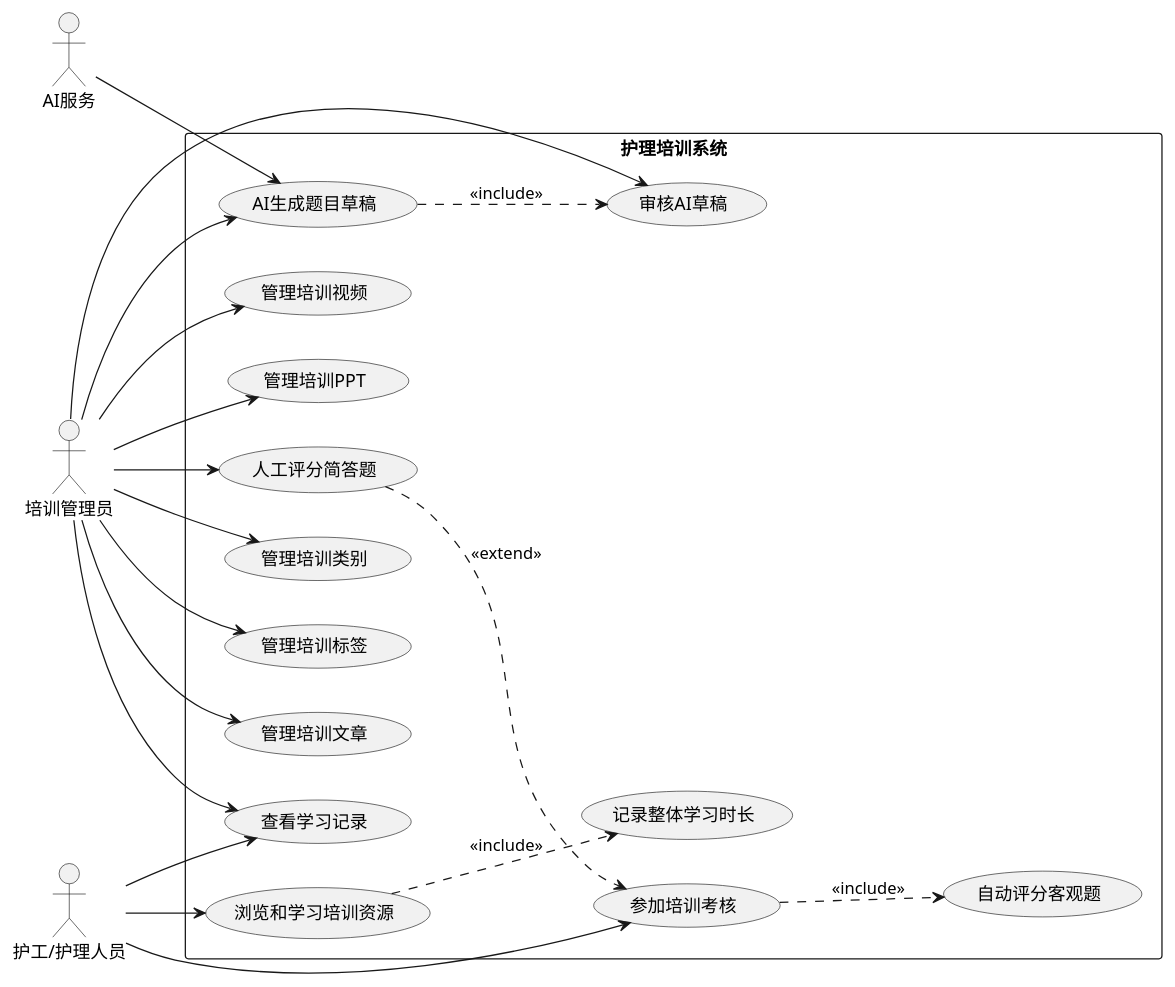
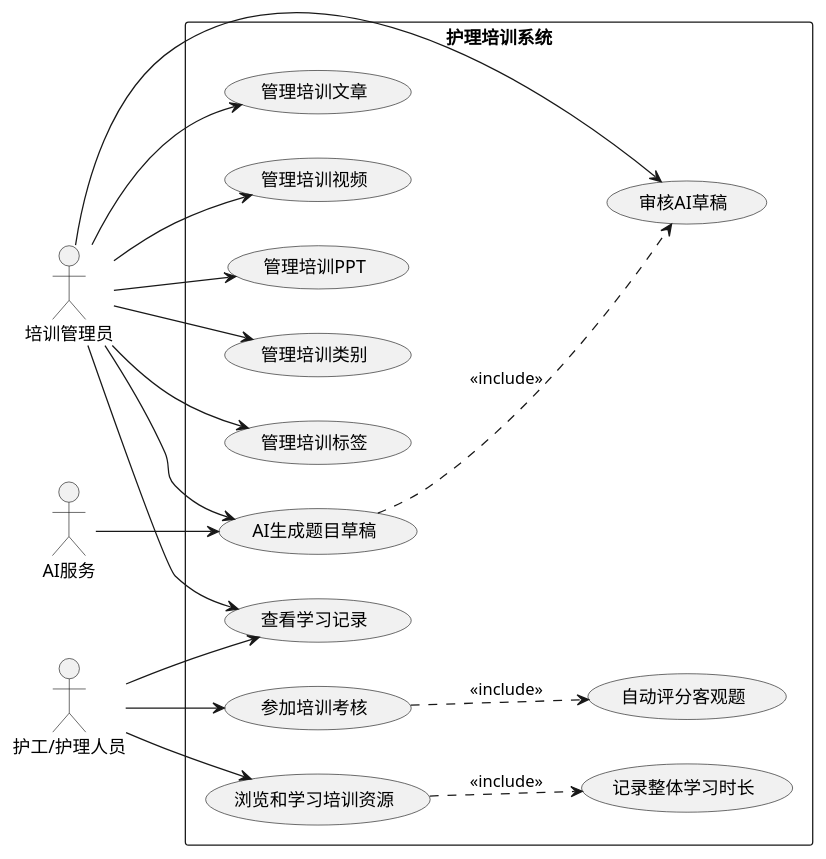
One commit to thesantaana/Care-Nexus changed the second of 5 diagrams in docs/requirements/用例模型.md. Above: the diagram before and after it, drawn with PlantUML. The commit also changed other lines of this file and 91 other files, not shown here.

````diff
--- a/docs/requirements/用例模型.md
+++ b/docs/requirements/用例模型.md
@@ -161,42 +161,39 @@
 ```plantuml
 @startuml
 left to right direction
 actor "培训管理员" as TrainingAdmin
 actor "护工/护理人员" as Caregiver
 actor "AI服务" as AI
 
 rectangle "护理培训系统" {
   usecase "管理培训类别" as UC1
   usecase "管理培训标签" as UC2
   usecase "管理培训文章" as UC3
   usecase "管理培训视频" as UC4
   usecase "管理培训PPT" as UC5
   usecase "浏览和学习培训资源" as UC6
   usecase "记录整体学习时长" as UC7
   usecase "查看学习记录" as UC8
   usecase "参加培训考核" as UC9
   usecase "自动评分客观题" as UC10
-  usecase "人工评分简答题" as UC11
   usecase "AI生成题目草稿" as UC12
   usecase "审核AI草稿" as UC13
 }
 
 TrainingAdmin --> UC1
 TrainingAdmin --> UC2
 TrainingAdmin --> UC3
 TrainingAdmin --> UC4
 TrainingAdmin --> UC5
 TrainingAdmin --> UC8
-TrainingAdmin --> UC11
 TrainingAdmin --> UC13
 Caregiver --> UC6
 Caregiver --> UC8
 Caregiver --> UC9
 UC6 ..> UC7 : <<include>>
 UC9 ..> UC10 : <<include>>
-UC11 ..> UC9 : <<extend>>
 AI --> UC12
 TrainingAdmin --> UC12
 UC12 ..> UC13 : <<include>>
 @enduml
 ```
````
